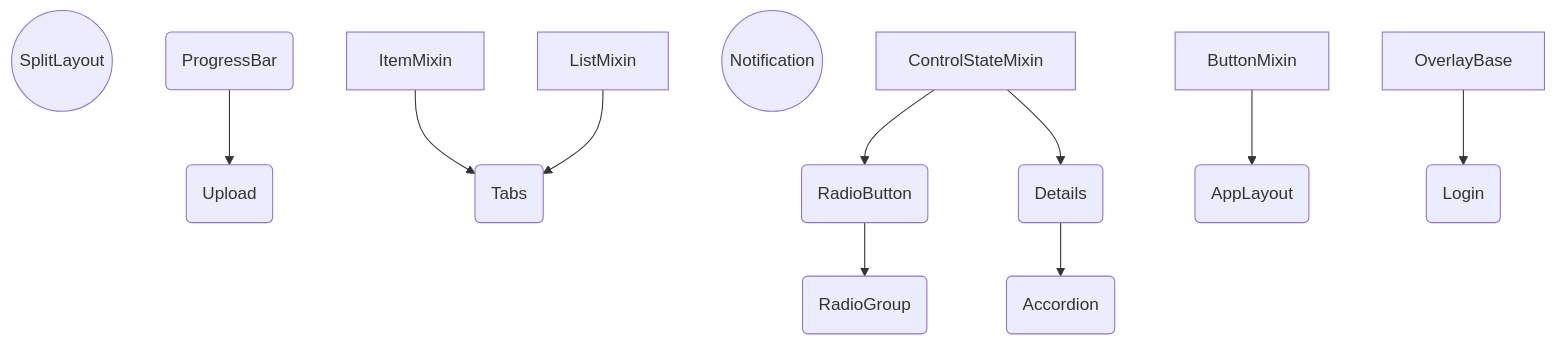
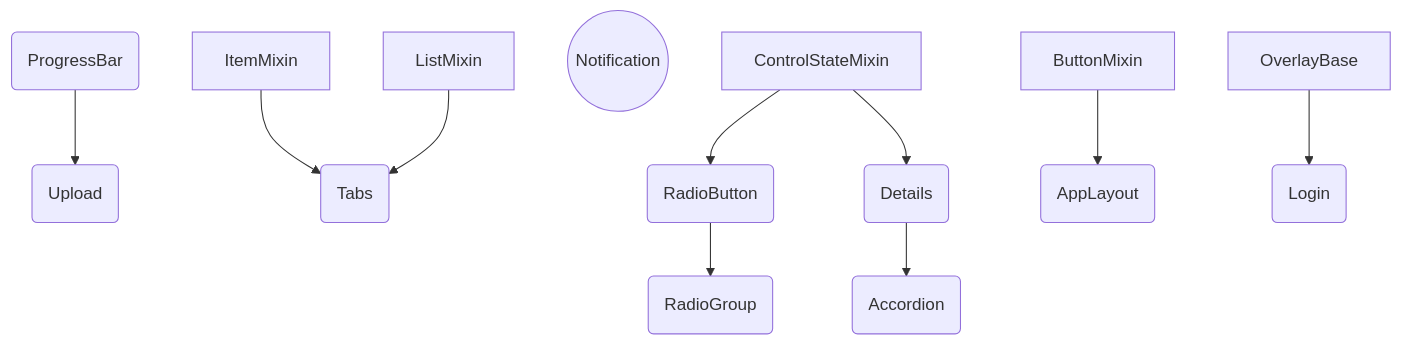
Before and after one commit to web-padawan/components-flowchart: the diagram in PHASE1.md, drawn with Mermaid.

Commit message:
Exclude split-layout from the phase 1

````diff
--- a/PHASE1.md
+++ b/PHASE1.md
@@ -1,28 +1,26 @@
 ```mermaid
 graph TB
-SL((SplitLayout))
-
 PB(ProgressBar)
 PB --> U(Upload)
 
 LM[ListMixin]
 IM[ItemMixin]
 
 N((Notification))
 
 IM --> TB(Tabs)
 LM --> TB
 
 CSM[ControlStateMixin]
 CSM --> RB(RadioButton)
 CSM --> DT(Details)
 
 RB --> RG(RadioGroup)
 
 DT --> A(Accordion)
 BM[ButtonMixin]
 BM --> AL(AppLayout)
 
 OB[OverlayBase]
 OB --> LG(Login)
 ```
````
